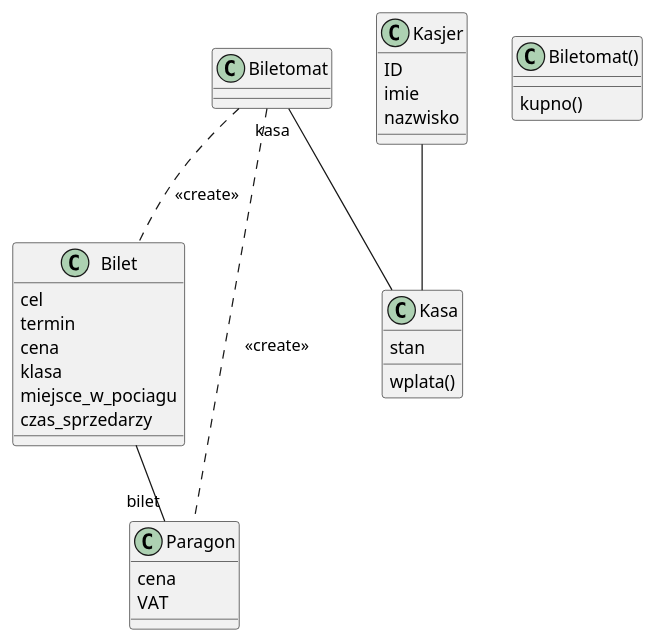
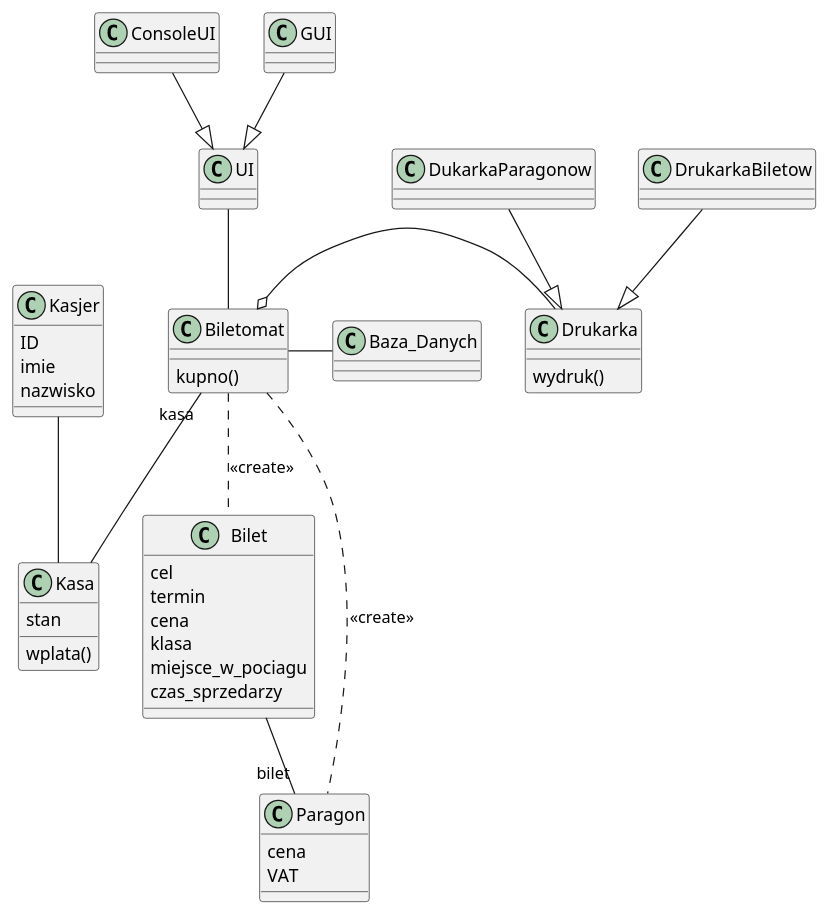
Before and after one commit to kpodlaski/Projektowanie_obiektowe2020: the diagram in dzienne/G1/pkp_class_diagram.plantuml, drawn with PlantUML. The commit also changed 3 other files, not shown here.

```diff
--- a/dzienne/G1/pkp_class_diagram.plantuml
+++ b/dzienne/G1/pkp_class_diagram.plantuml
@@ -1,38 +1,58 @@
 @startuml
+
+class UI {
+
+}
 
 class Bilet{
     cel 
     termin
     cena 
     klasa 
     miejsce_w_pociagu
     czas_sprzedarzy
 }
 
 class Paragon{
     'bilet zamieniono na asocjację z klasą Bilet
     cena
     VAT
 }
 
 class Kasjer{
     ID 
     imie
     nazwisko
 }
 
 class Kasa{
     stan
     wplata()
 }
 
-class Biletomat(){
+class Biletomat{
     kupno()
+}
+
+class Drukarka{
+    wydruk()
+}
+
+class Baza_Danych{
+
 }
 
 Kasjer -- Kasa
 Bilet -- "bilet" Paragon
 Biletomat "kasa" -- Kasa
 Biletomat .. Bilet : <<create>>
 Biletomat .. Paragon : <<create>>
+UI -- Biletomat
+Biletomat o- Drukarka
+Biletomat - Baza_Danych
+
+ConsoleUI --|>UI
+GUI --|> UI
+DukarkaParagonow --|> Drukarka
+DrukarkaBiletow --|> Drukarka
 @enduml
```
